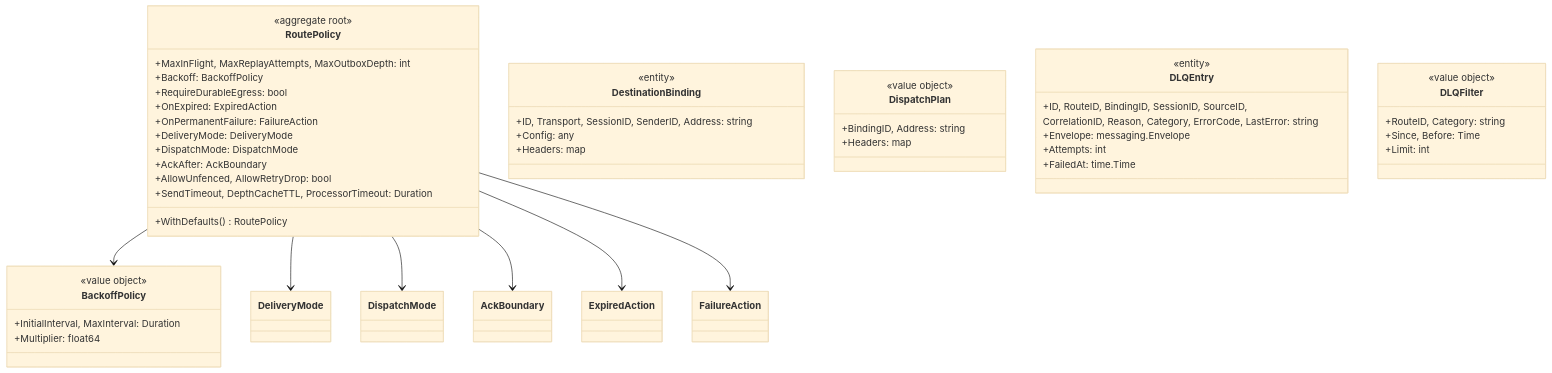
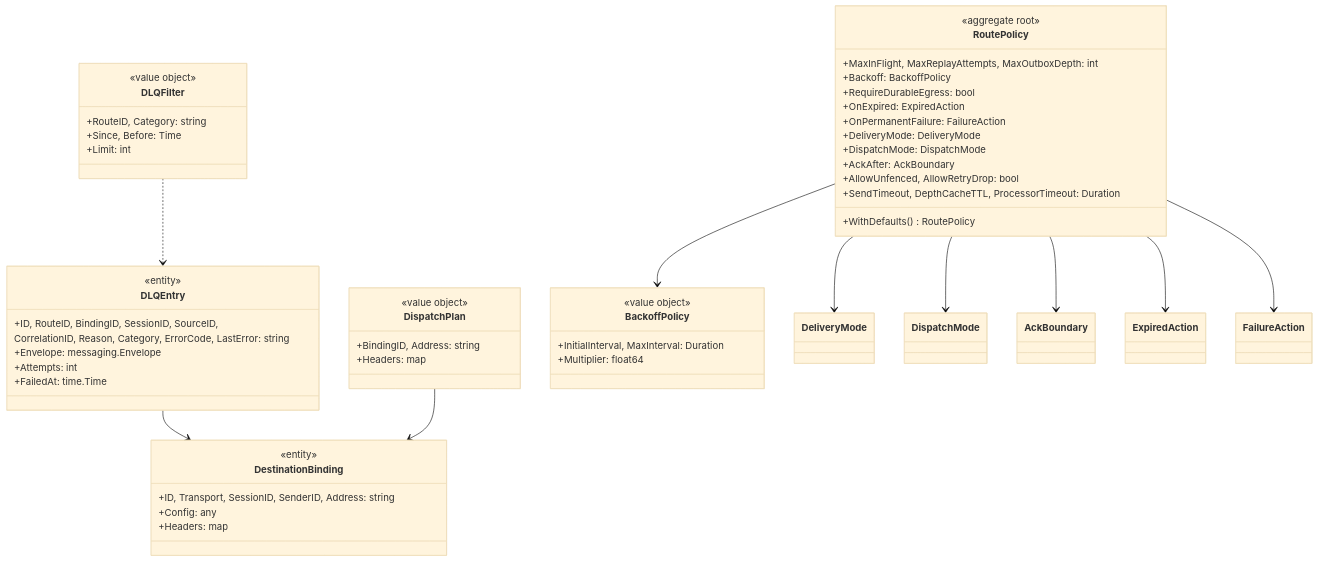
The fifth of 9 diagrams in DDD.md (mariotoffia/gobridge), drawn with Mermaid (base theme) before and after one commit.

Commit message:
better mermaid image for routing

````diff
--- a/DDD.md
+++ b/DDD.md
@@ -204,53 +204,57 @@
 ```mermaid
 classDiagram
+    direction TB
     class RoutePolicy {
         <<aggregate root>>
         +MaxInFlight, MaxReplayAttempts, MaxOutboxDepth: int
         +Backoff: BackoffPolicy
         +RequireDurableEgress: bool
         +OnExpired: ExpiredAction
         +OnPermanentFailure: FailureAction
         +DeliveryMode: DeliveryMode
         +DispatchMode: DispatchMode
         +AckAfter: AckBoundary
         +AllowUnfenced, AllowRetryDrop: bool
         +SendTimeout, DepthCacheTTL, ProcessorTimeout: Duration
         +WithDefaults() RoutePolicy
     }
     class BackoffPolicy {
         <<value object>>
         +InitialInterval, MaxInterval: Duration
         +Multiplier: float64
     }
     class DestinationBinding {
         <<entity>>
         +ID, Transport, SessionID, SenderID, Address: string
         +Config: any
         +Headers: map
     }
     class DispatchPlan {
         <<value object>>
         +BindingID, Address: string
         +Headers: map
     }
     class DLQEntry {
         <<entity>>
         +ID, RouteID, BindingID, SessionID, SourceID,
          CorrelationID, Reason, Category, ErrorCode, LastError: string
         +Envelope: messaging.Envelope
         +Attempts: int
         +FailedAt: time.Time
     }
     class DLQFilter {
         <<value object>>
         +RouteID, Category: string
         +Since, Before: Time
         +Limit: int
     }
     RoutePolicy --> BackoffPolicy
     RoutePolicy --> DeliveryMode
     RoutePolicy --> DispatchMode
     RoutePolicy --> AckBoundary
     RoutePolicy --> ExpiredAction
     RoutePolicy --> FailureAction
+    DispatchPlan --> DestinationBinding
+    DLQEntry --> DestinationBinding
+    DLQFilter ..> DLQEntry
 ```
````
